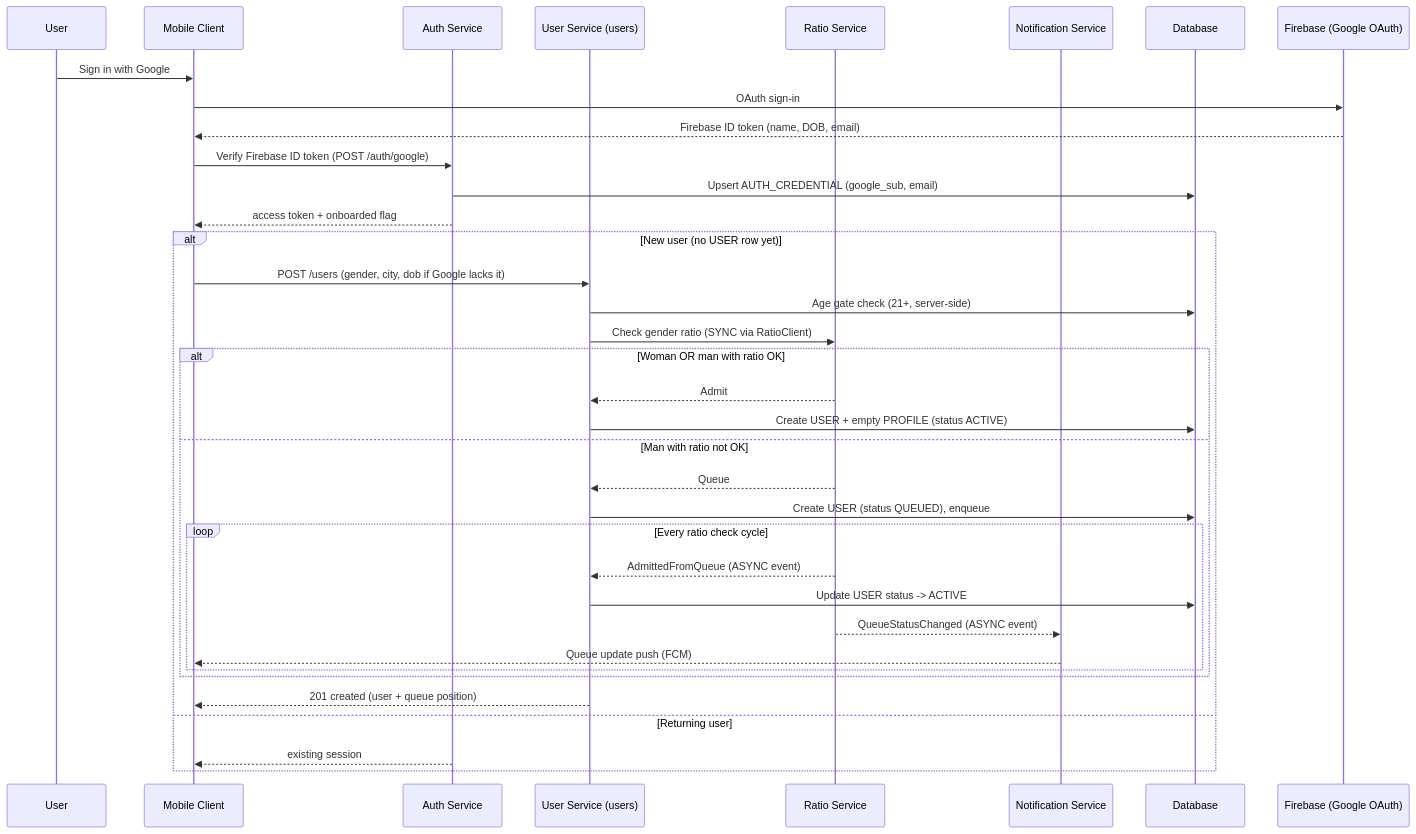
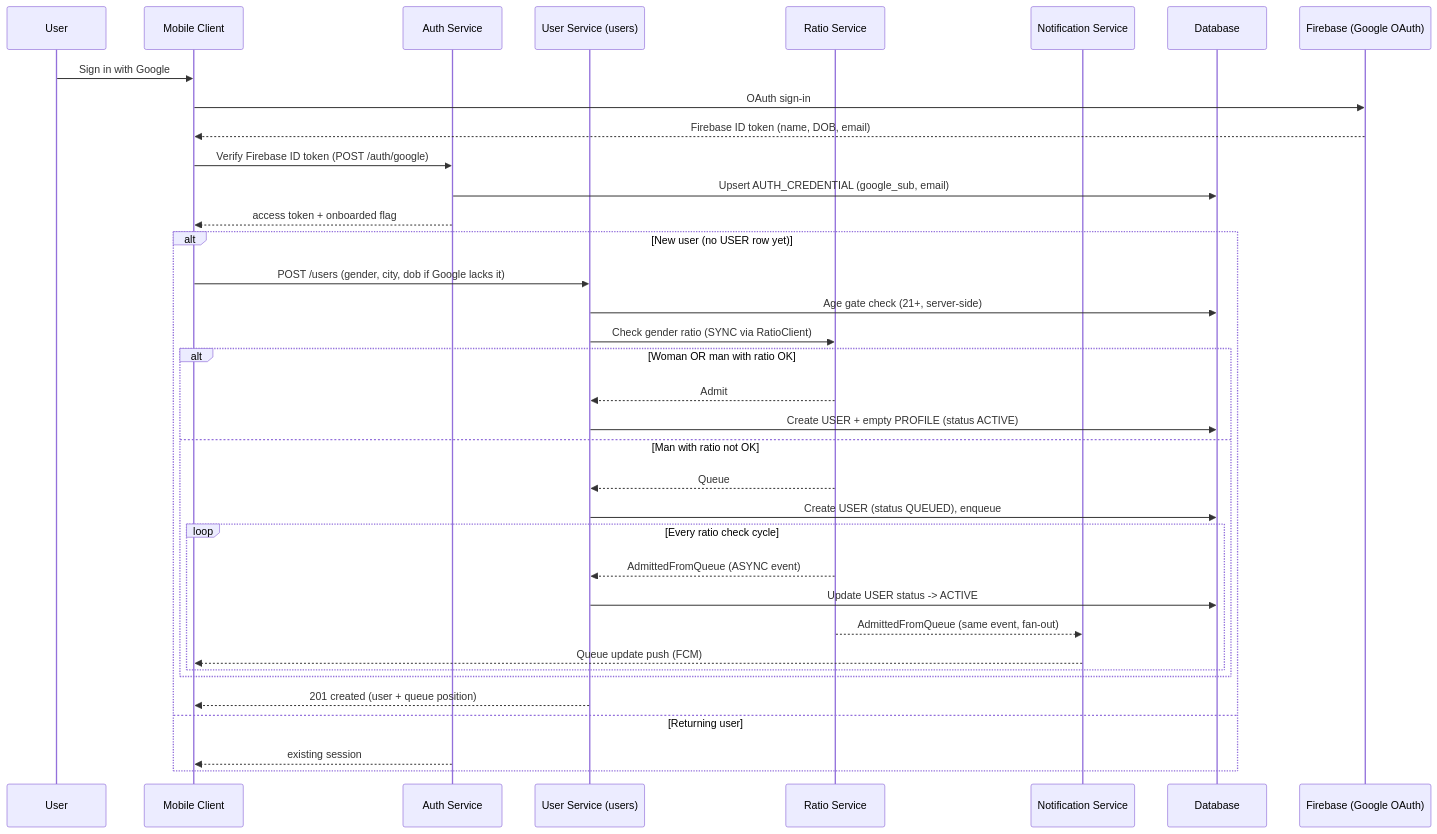
Before and after one commit to cheetah-org/fold-design: the first of 4 diagrams in design-decision/inter-service-communication.md, drawn with Mermaid. The commit also changed other lines of this file and 11 other files, not shown here.

````diff
--- a/design-decision/inter-service-communication.md
+++ b/design-decision/inter-service-communication.md
@@ -62,39 +62,39 @@
 ```mermaid
 sequenceDiagram
     participant User as User
     participant Client as Mobile Client
     participant Auth as Auth Service
     participant UserSvc as User Service (users)
     participant Ratio as Ratio Service
     participant Notif as Notification Service
     participant DB as Database
     participant Firebase as Firebase (Google OAuth)
 
     User ->> Client: Sign in with Google
     Client ->> Firebase: OAuth sign-in
     Firebase -->> Client: Firebase ID token (name, DOB, email)
     Client ->> Auth: Verify Firebase ID token (POST /auth/google)
     Auth ->> DB: Upsert AUTH_CREDENTIAL (google_sub, email)
     Auth -->> Client: access token + onboarded flag
     alt New user (no USER row yet)
         Client ->> UserSvc: POST /users (gender, city, dob if Google lacks it)
         UserSvc ->> DB: Age gate check (21+, server-side)
         UserSvc ->> Ratio: Check gender ratio (SYNC via RatioClient)
         alt Woman OR man with ratio OK
             Ratio -->> UserSvc: Admit
             UserSvc ->> DB: Create USER + empty PROFILE (status ACTIVE)
         else Man with ratio not OK
             Ratio -->> UserSvc: Queue
             UserSvc ->> DB: Create USER (status QUEUED), enqueue
             loop Every ratio check cycle
                 Ratio -->> UserSvc: AdmittedFromQueue (ASYNC event)
                 UserSvc ->> DB: Update USER status -> ACTIVE
-                Ratio -->> Notif: QueueStatusChanged (ASYNC event)
+                Ratio -->> Notif: AdmittedFromQueue (same event, fan-out)
                 Notif -->> Client: Queue update push (FCM)
             end
         end
         UserSvc -->> Client: 201 created (user + queue position)
     else Returning user
         Auth -->> Client: existing session
     end
 ```
````
